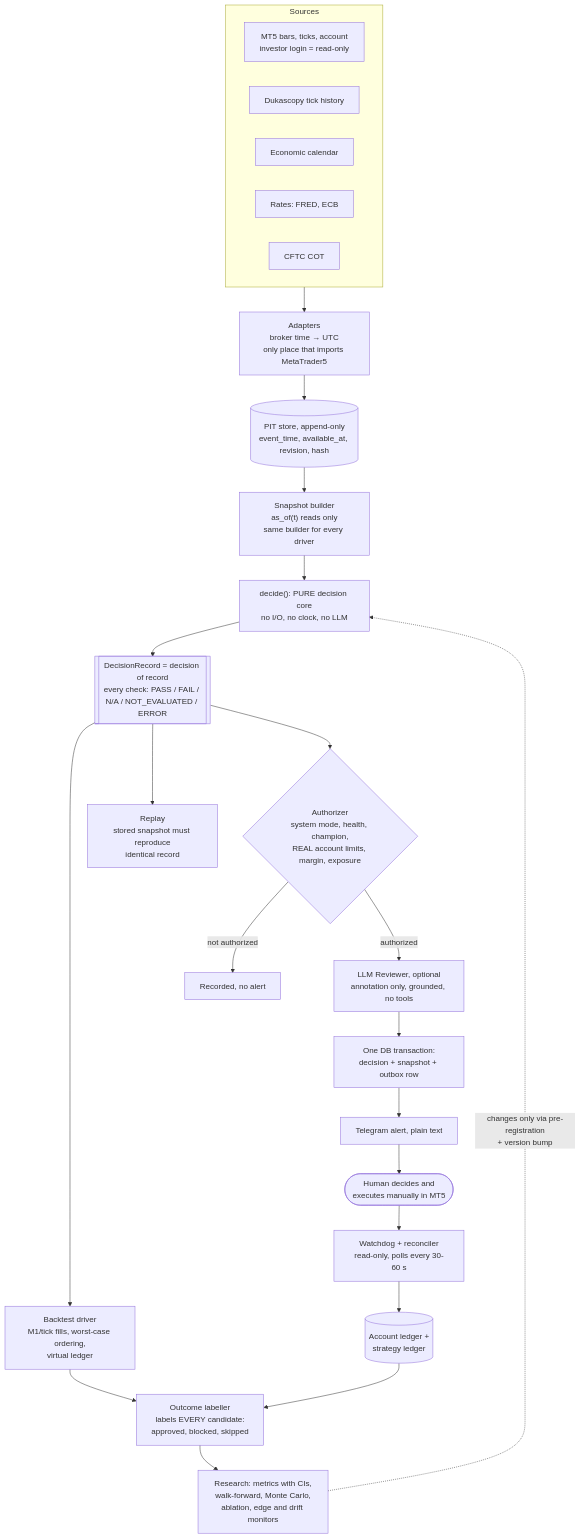
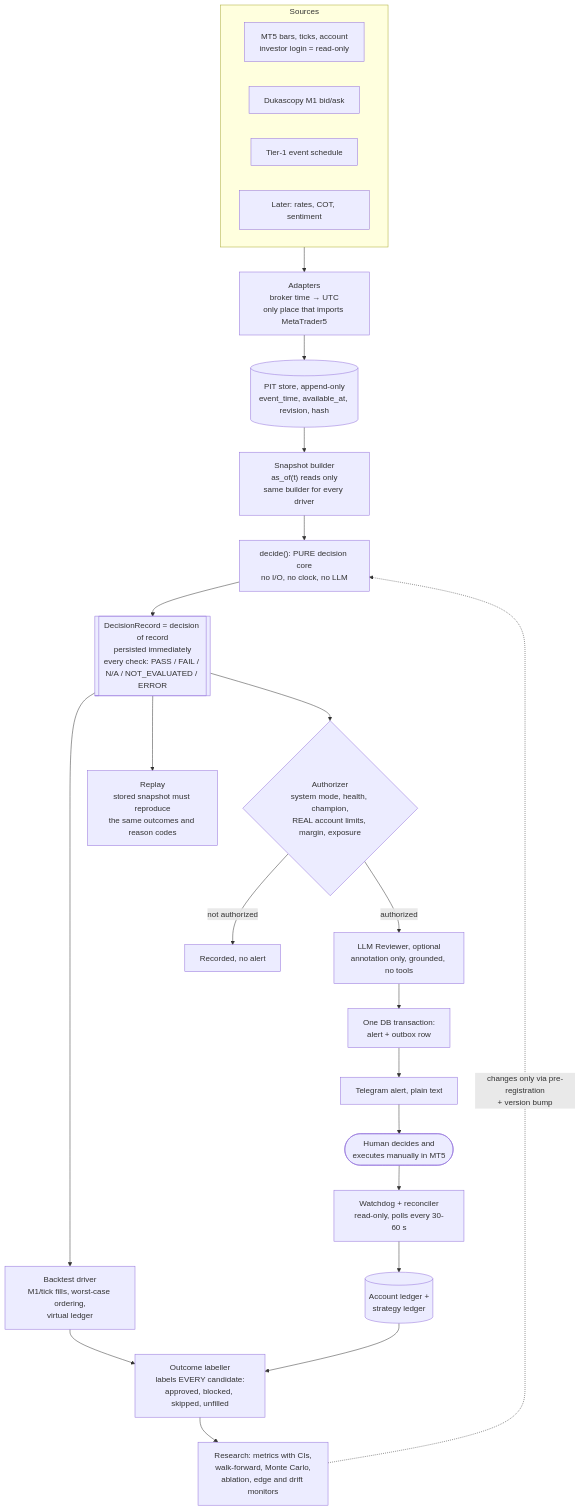
Before and after one commit to Nathi247/brazilian-real-estate-analysis: the second of 11 diagrams in aegis-fx/PLAN.md, drawn with Mermaid. The commit also changed other lines of this file and 2 other files, not shown here.

First line of the commit message:
Revise AEGIS-FX V4 plan after second verification pass

````diff
--- a/aegis-fx/PLAN.md
+++ b/aegis-fx/PLAN.md
@@ -108,31 +179,30 @@
 ```mermaid
 flowchart TD
   subgraph SRC["Sources"]
     MT5["MT5 bars, ticks, account<br/>investor login = read-only"]
-    HIST["Dukascopy tick history"]
-    CAL["Economic calendar"]
-    RATES["Rates: FRED, ECB"]
-    COT["CFTC COT"]
+    HIST["Dukascopy M1 bid/ask"]
+    CAL["Tier-1 event schedule"]
+    LATER["Later: rates, COT, sentiment"]
   end
   SRC --> ADP["Adapters<br/>broker time → UTC<br/>only place that imports MetaTrader5"]
   ADP --> PIT[("PIT store, append-only<br/>event_time, available_at, revision, hash")]
   PIT --> SB["Snapshot builder<br/>as_of(t) reads only<br/>same builder for every driver"]
   SB --> CORE["decide(): PURE decision core<br/>no I/O, no clock, no LLM"]
-  CORE --> DR[["DecisionRecord = decision of record<br/>every check: PASS / FAIL / N/A / NOT_EVALUATED / ERROR"]]
+  CORE --> DR[["DecisionRecord = decision of record<br/>persisted immediately<br/>every check: PASS / FAIL / N/A / NOT_EVALUATED / ERROR"]]
 
   DR --> BT["Backtest driver<br/>M1/tick fills, worst-case ordering,<br/>virtual ledger"]
-  DR --> RP["Replay<br/>stored snapshot must reproduce<br/>identical record"]
+  DR --> RP["Replay<br/>stored snapshot must reproduce<br/>the same outcomes and reason codes"]
   DR --> AUTH{"Authorizer<br/>system mode, health, champion,<br/>REAL account limits, margin, exposure"}
 
   AUTH -- "not authorized" --> NOAL["Recorded, no alert"]
   AUTH -- "authorized" --> REV["LLM Reviewer, optional<br/>annotation only, grounded, no tools"]
-  REV --> OUT["One DB transaction:<br/>decision + snapshot + outbox row"]
+  REV --> OUT["One DB transaction:<br/>alert + outbox row"]
   OUT --> TG["Telegram alert, plain text"]
   TG --> HUM(["Human decides and<br/>executes manually in MT5"])
   HUM --> WD["Watchdog + reconciler<br/>read-only, polls every 30-60 s"]
   WD --> LED[("Account ledger +<br/>strategy ledger")]
-  BT --> LAB["Outcome labeller<br/>labels EVERY candidate:<br/>approved, blocked, skipped"]
+  BT --> LAB["Outcome labeller<br/>labels EVERY candidate:<br/>approved, blocked, skipped, unfilled"]
   LED --> LAB
   LAB --> RES["Research: metrics with CIs,<br/>walk-forward, Monte Carlo,<br/>ablation, edge and drift monitors"]
   RES -.->|"changes only via pre-registration<br/>+ version bump"| CORE
 ```
````
